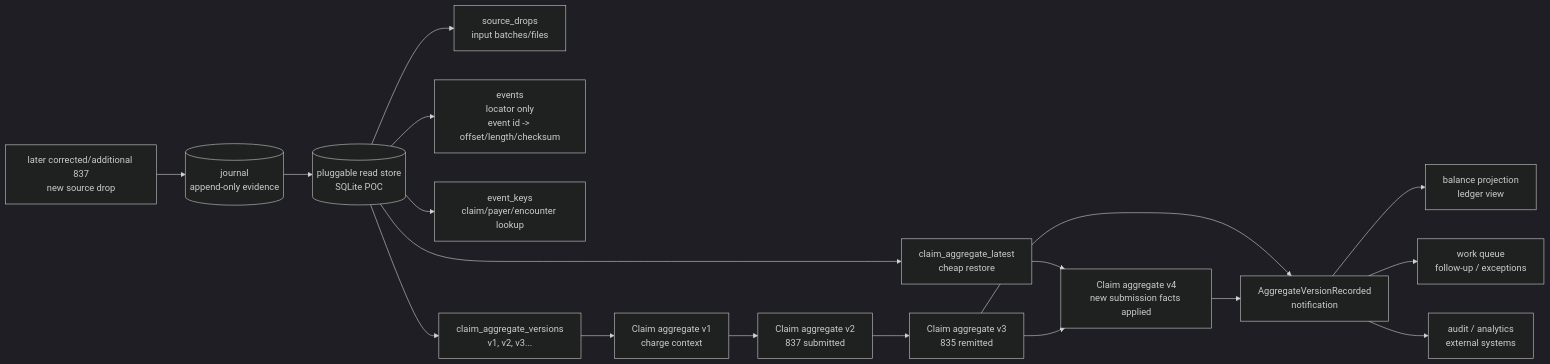
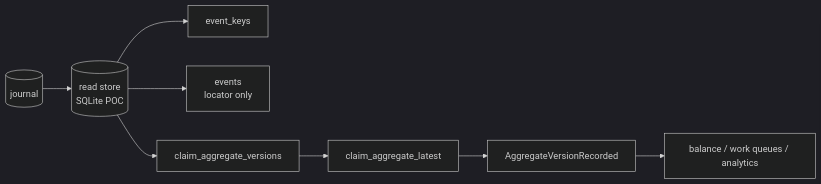
One commit to AlexJReid/scribe changed the second of 2 diagrams in README.md. Above: the diagram before and after it, drawn with Mermaid (dark theme). The commit also changed other lines of this file, not shown here.

````diff
--- a/README.md
+++ b/README.md
@@ -94,39 +49,19 @@
 ```mermaid
 flowchart LR
-    journal[("journal<br/>append-only evidence")]
-    readstore[("pluggable read store<br/>SQLite POC")]
-    drops["source_drops<br/>input batches/files"]
-    events["events<br/>locator only<br/>event id -> offset/length/checksum"]
-    keys["event_keys<br/>claim/payer/encounter lookup"]
-    versions["claim_aggregate_versions<br/>v1, v2, v3..."]
-    latest["claim_aggregate_latest<br/>cheap restore"]
-    agg1["Claim aggregate v1<br/>charge context"]
-    agg2["Claim aggregate v2<br/>837 submitted"]
-    agg3["Claim aggregate v3<br/>835 remitted"]
-    later837["later corrected/additional 837<br/>new source drop"]
-    agg4["Claim aggregate v4<br/>new submission facts applied"]
-    notify["AggregateVersionRecorded<br/>notification"]
-    balance["balance projection<br/>ledger view"]
-    workq["work queue<br/>follow-up / exceptions"]
-    audit["audit / analytics<br/>external systems"]
+    journal[("journal")]
+    store[("read store<br/>SQLite POC")]
+    keys["event_keys"]
+    events["events<br/>locator only"]
+    versions["claim_aggregate_versions"]
+    latest["claim_aggregate_latest"]
+    notify["AggregateVersionRecorded"]
+    projections["balance / work queues / analytics"]
 
-    journal --> readstore
-    readstore --> drops
-    readstore --> events
-    readstore --> keys
-    readstore --> versions
-    readstore --> latest
-    versions --> agg1
-    agg1 --> agg2
-    agg2 --> agg3
-
-    later837 --> journal
-    latest --> agg4
-    agg3 --> agg4
-
-    agg3 --> notify
-    agg4 --> notify
-    notify --> balance
-    notify --> workq
-    notify --> audit
+    journal --> store
+    store --> keys
+    store --> events
+    store --> versions
+    versions --> latest
+    latest --> notify
+    notify --> projections
 ```
````
